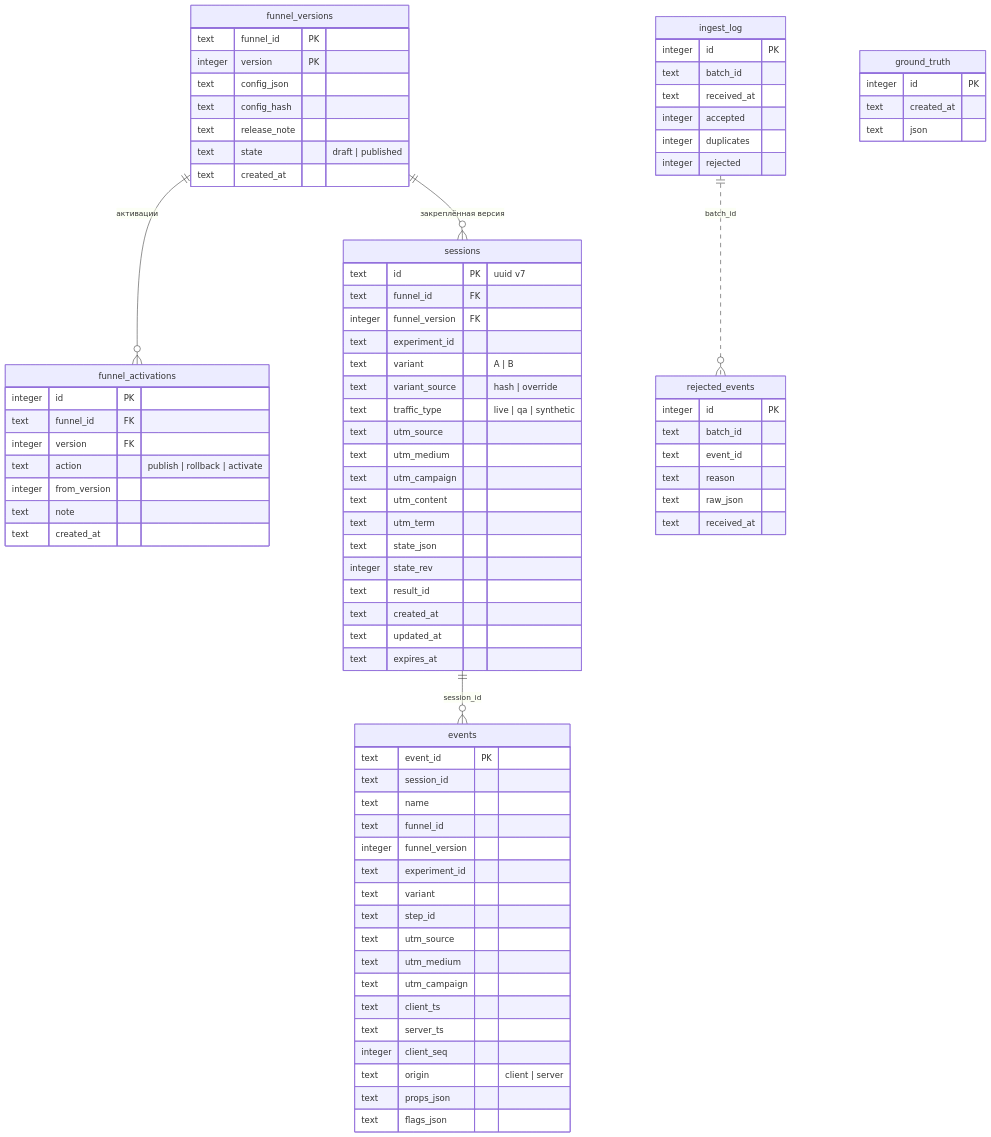
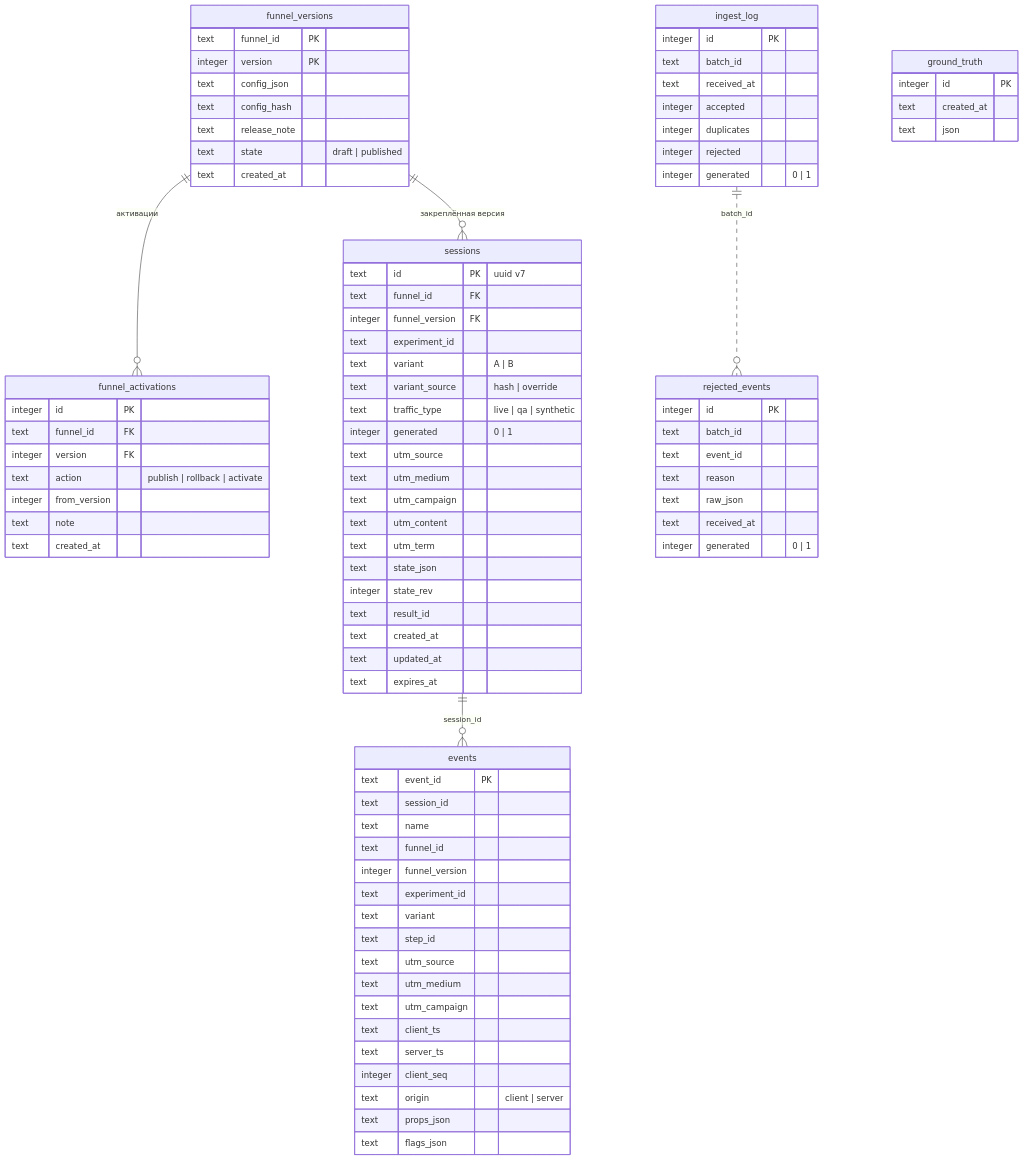
One commit to Karez79/funnel-runtime changed the diagram in docs/DATA_MODEL.md. Above: the diagram before and after it, drawn with Mermaid. The commit also changed other lines of this file and 20 other files, not shown here.

```diff
--- a/docs/DATA_MODEL.md
+++ b/docs/DATA_MODEL.md
@@ -37,6 +37,7 @@
     text variant "A | B"
     text variant_source "hash | override"
     text traffic_type "live | qa | synthetic"
+    integer generated "0 | 1"
     text utm_source
     text utm_medium
     text utm_campaign
@@ -75,6 +76,7 @@
     integer accepted
     integer duplicates
     integer rejected
+    integer generated "0 | 1"
   }
   rejected_events {
     integer id PK
@@ -83,6 +85,7 @@
     text reason
     text raw_json
     text received_at
+    integer generated "0 | 1"
   }
   ground_truth {
     integer id PK
```
